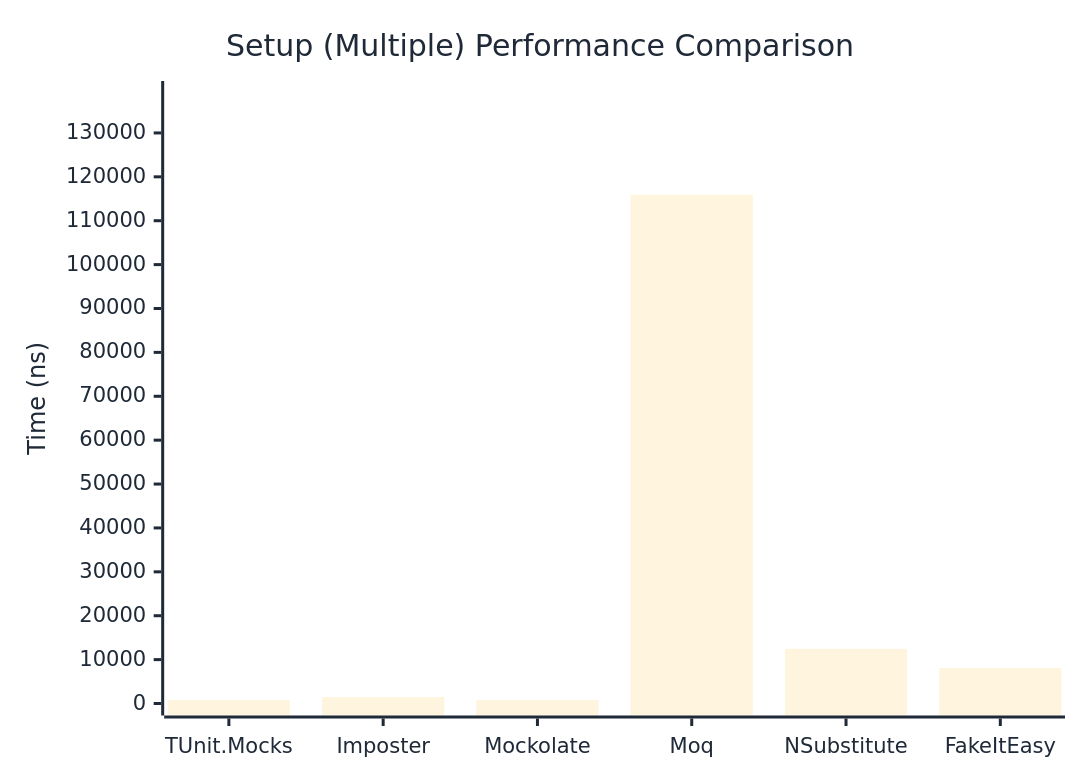
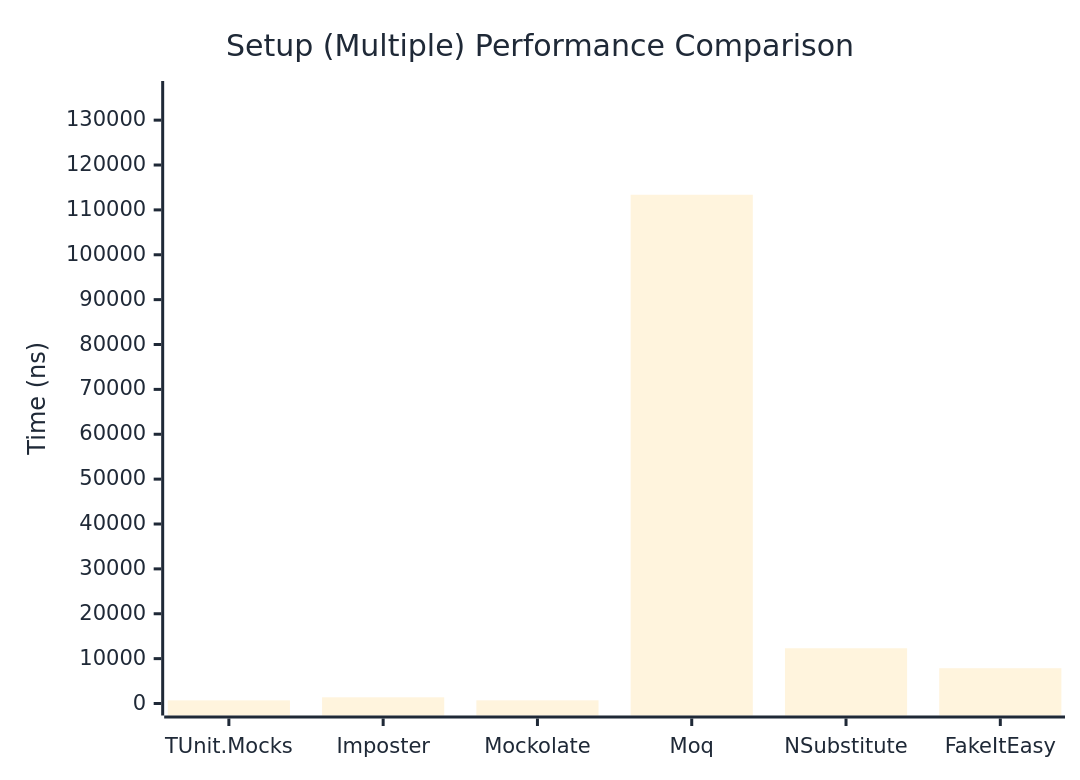
The second of 2 diagrams in docs/docs/benchmarks/mocks/Setup.md (thomhurst/TUnit), drawn with Mermaid before and after one commit. The commit also changed other lines of this file and 14 other files, not shown here.

````diff
--- a/docs/docs/benchmarks/mocks/Setup.md
+++ b/docs/docs/benchmarks/mocks/Setup.md
@@ -69,27 +69,27 @@
 ```mermaid
 %%{init: {
   'theme':'base',
   'themeVariables': {
     'primaryColor': '#2563eb',
     'primaryTextColor': '#1f2937',
     'primaryBorderColor': '#1e40af',
     'lineColor': '#6b7280',
     'secondaryColor': '#7c3aed',
     'tertiaryColor': '#dc2626',
     'background': '#ffffff',
     'pie1': '#2563eb',
     'pie2': '#7c3aed',
     'pie3': '#dc2626',
     'pie4': '#f59e0b',
     'pie5': '#10b981',
     'pie6': '#06b6d4',
     'pie7': '#ec4899',
     'pie8': '#6366f1'
   }
 }}%%
 xychart-beta
   title "Setup (Multiple) Performance Comparison"
   x-axis ["TUnit.Mocks", "Imposter", "Mockolate", "Moq", "NSubstitute", "FakeItEasy"]
-  y-axis "Time (ns)" 0 --> 139100
-  bar [734.1, 1464.1, 747.3, 115916.3, 12457.4, 8081.1]
+  y-axis "Time (ns)" 0 --> 136050
+  bar [697.6, 1383.5, 707.2, 113374.7, 12310.7, 7864.8]
 ```
````
